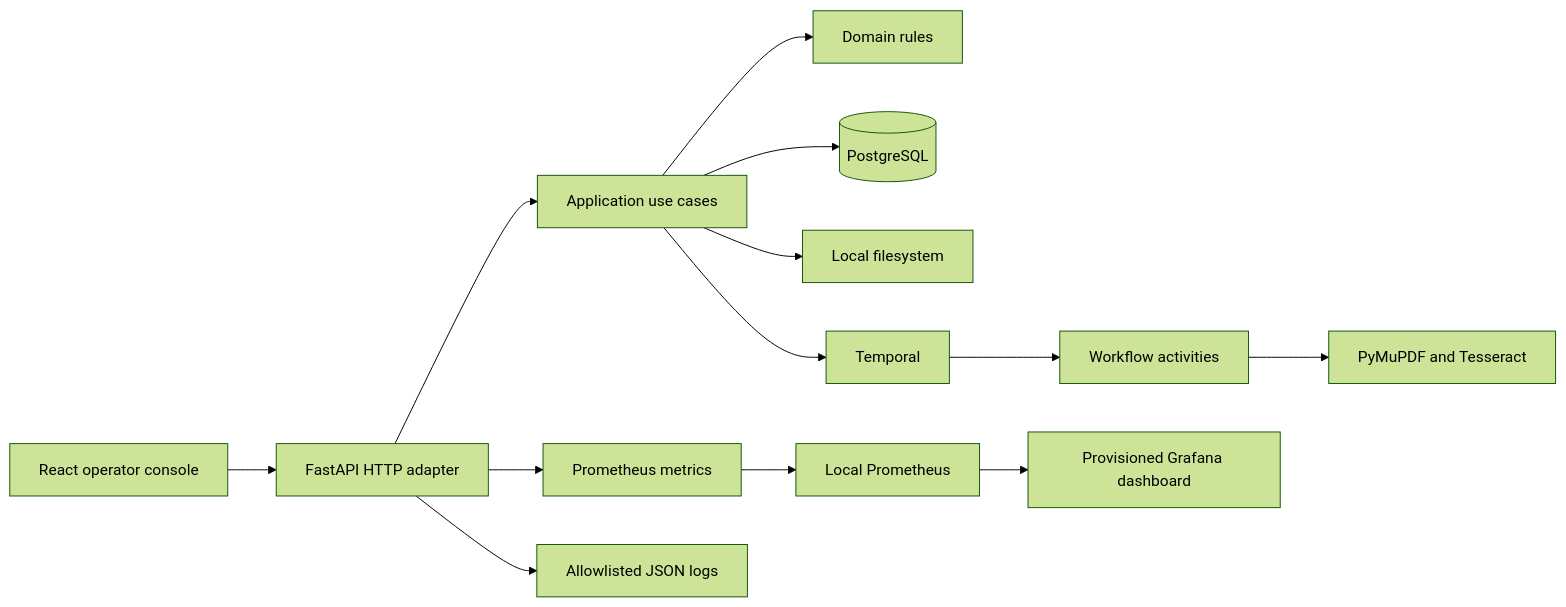
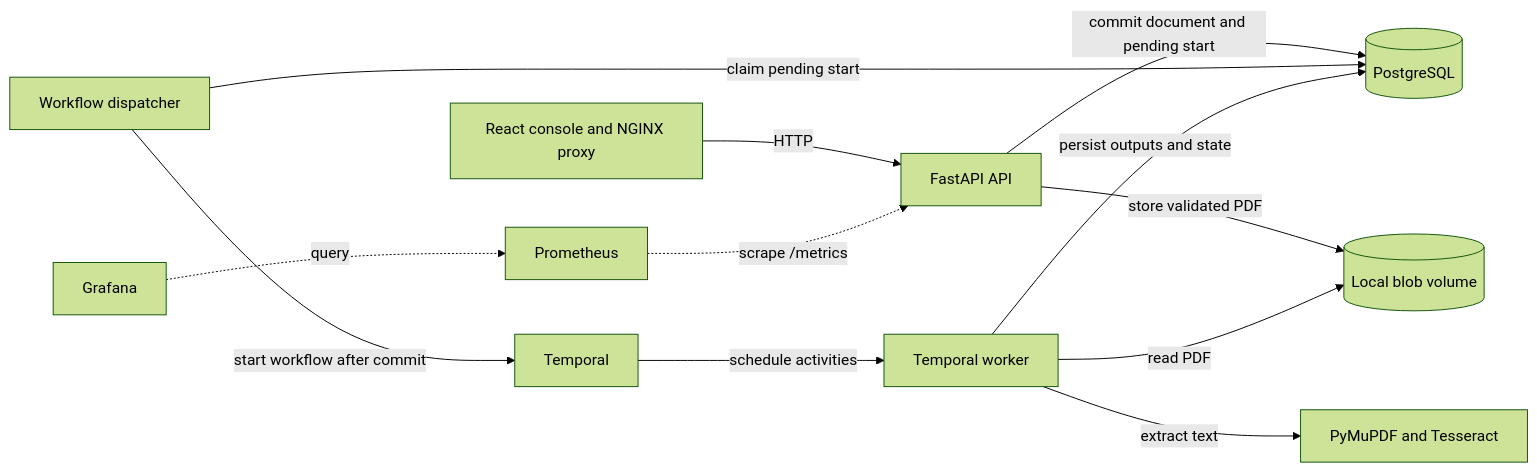
Before and after one commit to PietroRussoD/ai-document-processing-platform: the first of 12 diagrams in docs/architecture.md, drawn with Mermaid (forest theme). The commit also changed other lines of this file, not shown here.

Commit message:
📝 Document the runtime system map

````diff
--- a/docs/architecture.md
+++ b/docs/architecture.md
@@ -16,15 +16,14 @@
 ```mermaid
 flowchart LR
-    Console[React operator console] --> API[FastAPI HTTP adapter]
-    API --> Application[Application use cases]
-    Application --> Domain[Domain rules]
-    Application --> PostgreSQL[(PostgreSQL)]
-    Application --> Storage[Local filesystem]
-    Application --> Temporal[Temporal]
-    Temporal --> Worker[Workflow activities]
-    Worker --> Text[PyMuPDF and Tesseract]
-    API --> Metrics[Prometheus metrics]
-    Metrics --> Prometheus[Local Prometheus]
-    Prometheus --> Grafana[Provisioned Grafana dashboard]
-    API --> Logs[Allowlisted JSON logs]
+    Console[React console and NGINX proxy] -->|HTTP| API[FastAPI API]
+    API -->|commit document and pending start| PostgreSQL[(PostgreSQL)]
+    API -->|store validated PDF| Storage[(Local blob volume)]
+    Dispatcher[Workflow dispatcher] -->|claim pending start| PostgreSQL
+    Dispatcher -->|start workflow after commit| Temporal[Temporal]
+    Temporal -->|schedule activities| Worker[Temporal worker]
+    Worker -->|read PDF| Storage
+    Worker -->|persist outputs and state| PostgreSQL
+    Worker -->|extract text| PDF[PyMuPDF and Tesseract]
+    Prometheus[Prometheus] -.->|scrape /metrics| API
+    Grafana[Grafana] -.->|query| Prometheus
 ```
````
